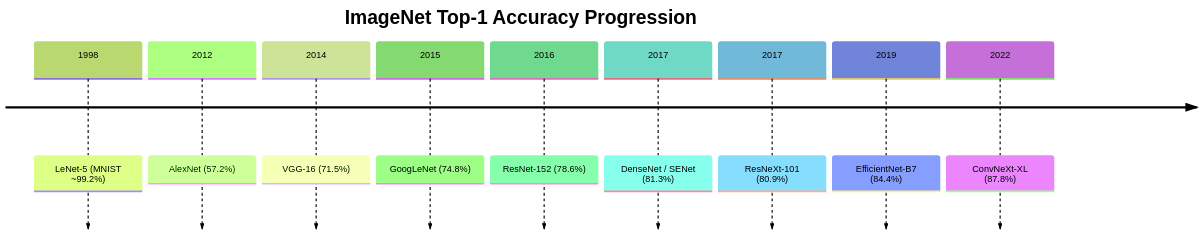
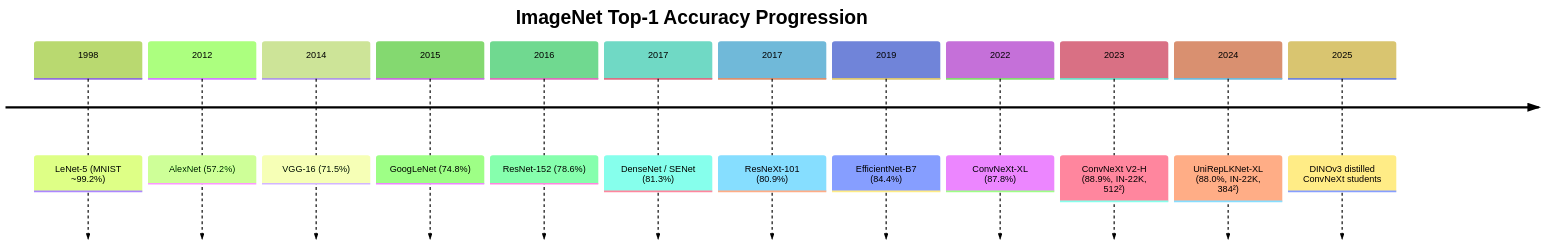
The second of 2 diagrams in cv-knowledge-base/03_architectures/00_cnn_architectures.md (FrankHuang94/CV_learning_db_claude), drawn with Mermaid (forest theme) before and after one commit. The commit also changed other lines of this file and 103 other files, not shown here.

````diff
--- a/cv-knowledge-base/03_architectures/00_cnn_architectures.md
+++ b/cv-knowledge-base/03_architectures/00_cnn_architectures.md
@@ -142,13 +179,16 @@
 ```mermaid
 timeline
     title ImageNet Top-1 Accuracy Progression
     1998 : LeNet-5 (MNIST ~99.2%)
     2012 : AlexNet (57.2%)
     2014 : VGG-16 (71.5%)
     2015 : GoogLeNet (74.8%)
     2016 : ResNet-152 (78.6%)
     2017 : DenseNet / SENet (81.3%)
     2017 : ResNeXt-101 (80.9%)
     2019 : EfficientNet-B7 (84.4%)
     2022 : ConvNeXt-XL (87.8%)
+    2023 : ConvNeXt V2-H (88.9%, IN-22K, 512²)
+    2024 : UniRepLKNet-XL (88.0%, IN-22K, 384²)
+    2025 : DINOv3 distilled ConvNeXt students
 ```
````
